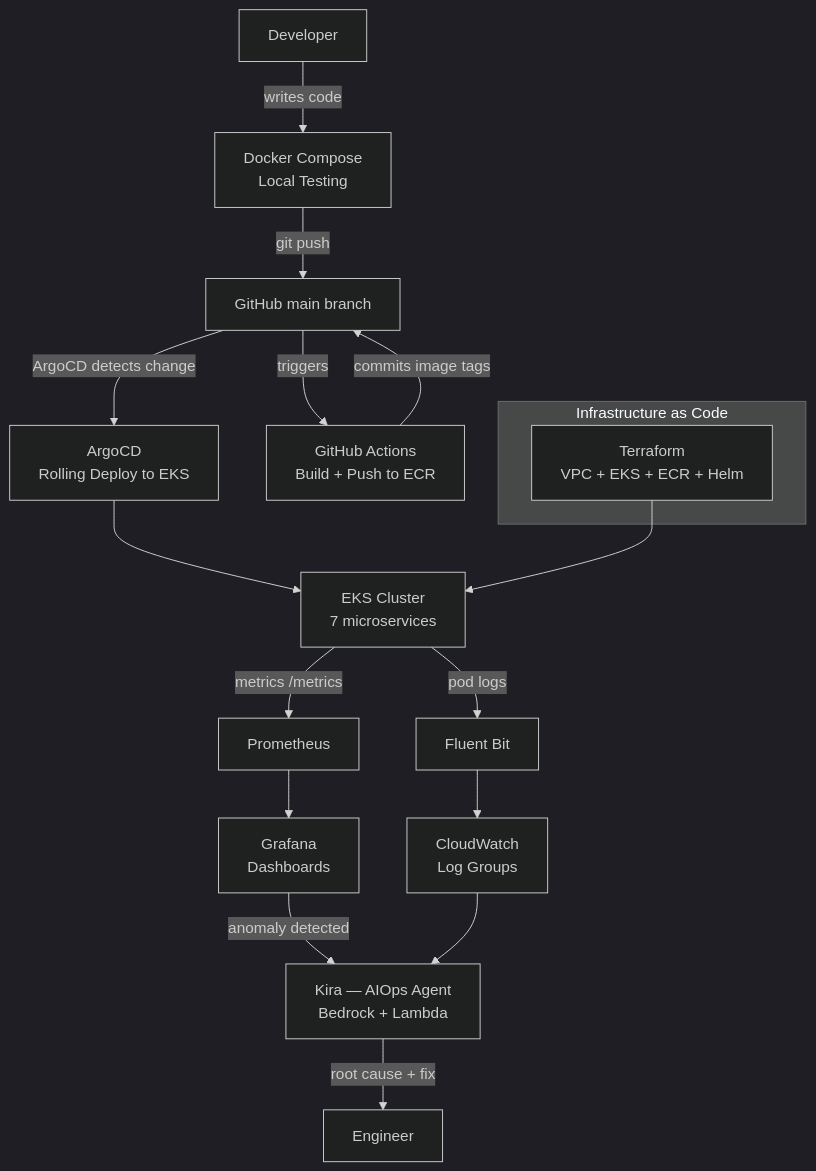
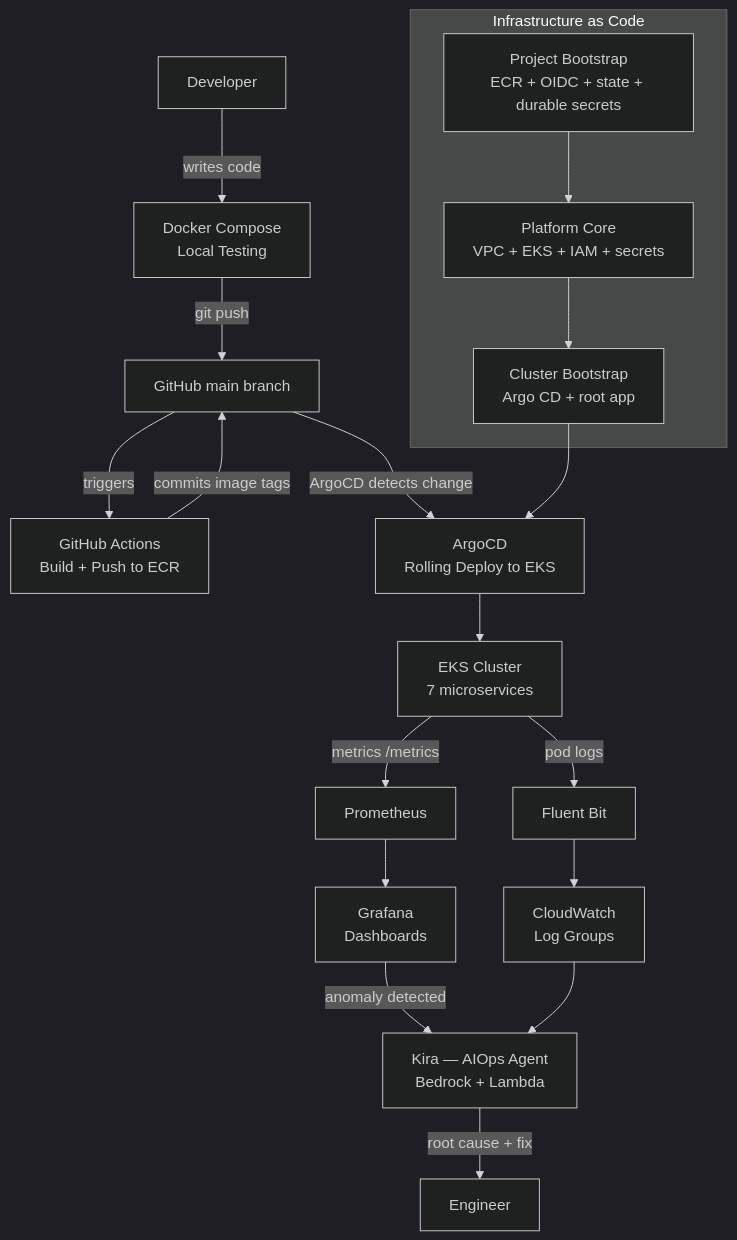
Before and after one commit to noidilin/hiraya: the tenth of 10 diagrams in docs/onboard.md, drawn with Mermaid (dark theme). The commit also changed other lines of this file and 13 other files, not shown here.

````diff
--- a/docs/onboard.md
+++ b/docs/onboard.md
@@ -425,21 +435,25 @@
 ```mermaid
 flowchart TD
     Dev[ Developer] -->|writes code| Local[Docker Compose\nLocal Testing]
     Local -->|git push| GH[GitHub main branch]
     GH -->|triggers| CI[GitHub Actions\nBuild + Push to ECR]
     CI -->|commits image tags| GH
     GH -->|ArgoCD detects change| Argo[ArgoCD\nRolling Deploy to EKS]
     Argo --> EKS[EKS Cluster\n7 microservices]
     EKS -->|metrics /metrics| Prom[Prometheus]
     EKS -->|pod logs| FB[Fluent Bit]
     Prom --> Grafana[Grafana\nDashboards]
     FB --> CW[CloudWatch\nLog Groups]
     Grafana -->|anomaly detected| Kira[Kira — AIOps Agent\nBedrock + Lambda]
     CW --> Kira
     Kira -->|root cause + fix| Eng[ Engineer]
 
     subgraph IaC [Infrastructure as Code]
-        TF[Terraform\nVPC + EKS + ECR + Helm]
+        PB[Project Bootstrap\nECR + OIDC + state + durable secrets]
+        PC[Platform Core\nVPC + EKS + IAM + secrets]
+        CB[Cluster Bootstrap\nArgo CD + root app]
     end
-    TF --> EKS
+    PB --> PC
+    PC --> CB
+    CB --> Argo
 ```
````
